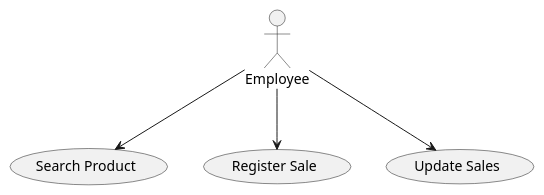
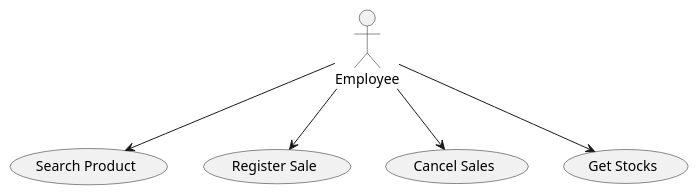
The diagram in docs/UML/use_case.puml (ThePhobosDeimosSuite/laboratoire-0_log430), drawn with PlantUML before and after one commit. The commit also changed 10 other files, not shown here.

```diff
--- a/docs/UML/use_case.puml
+++ b/docs/UML/use_case.puml
@@ -1,12 +1,14 @@
 @startuml use_case
 actor Employee
 
 usecase "Search Product" as UC1
 usecase "Register Sale" as UC2
-usecase "Update Sales" as UC3
+usecase "Cancel Sales" as UC3
+usecase "Get Stocks" as UC4
 
 
 Employee --> UC1
 Employee --> UC2
 Employee --> UC3
+Employee --> UC4
 @enduml
```
